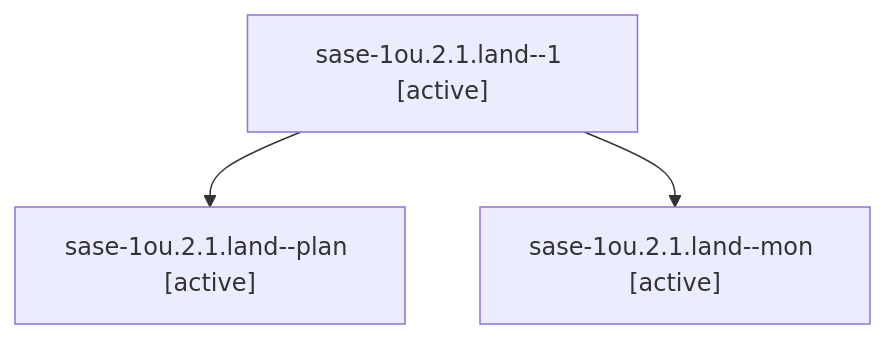
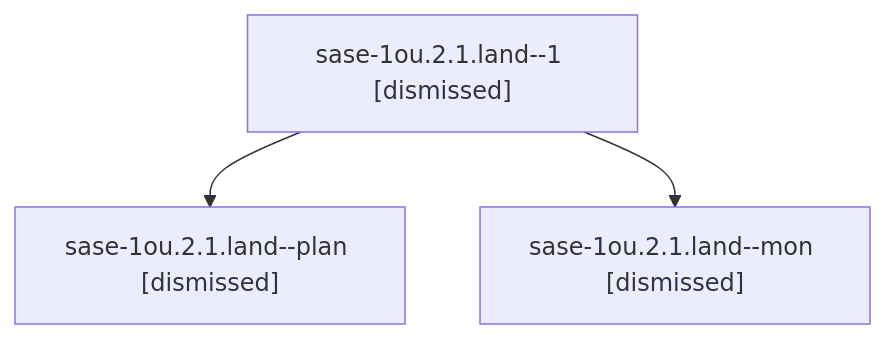
The diagram in sessions/bbugyi200.athena.sase-1ou.2.1.land.md (sase-org/sase--agents), drawn with Mermaid before and after one commit. The commit also changed other lines of this file and 75 other files, not shown here.

````diff
--- a/sessions/bbugyi200.athena.sase-1ou.2.1.land.md
+++ b/sessions/bbugyi200.athena.sase-1ou.2.1.land.md
@@ -9,8 +9,8 @@
 ```mermaid
 flowchart TD
-  n0["sase-1ou.2.1.land--1 [active]"]
-  n1["sase-1ou.2.1.land--plan [active]"]
+  n0["sase-1ou.2.1.land--1 [dismissed]"]
+  n1["sase-1ou.2.1.land--plan [dismissed]"]
   n0 --> n1
-  n2["sase-1ou.2.1.land--mon [active]"]
+  n2["sase-1ou.2.1.land--mon [dismissed]"]
   n0 --> n2
 ```
````
